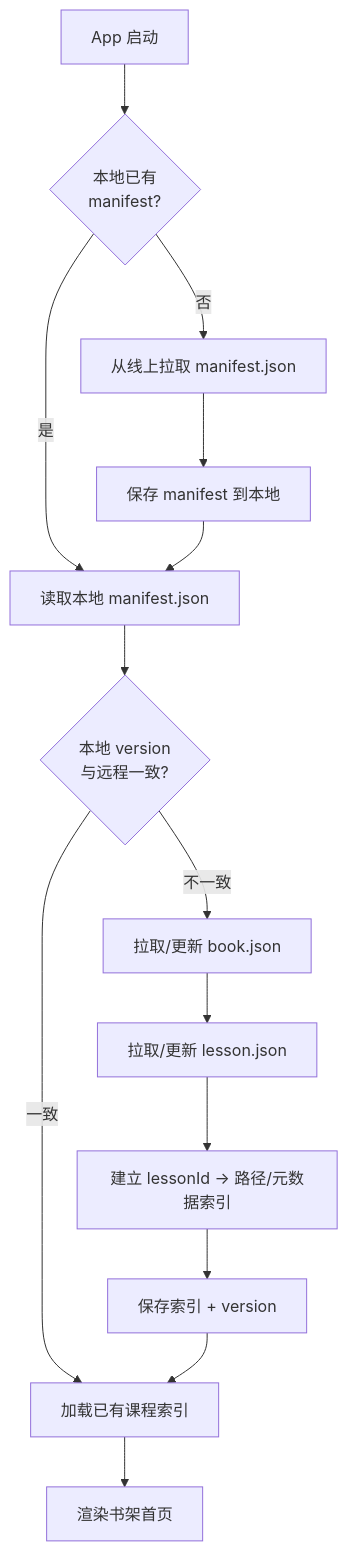
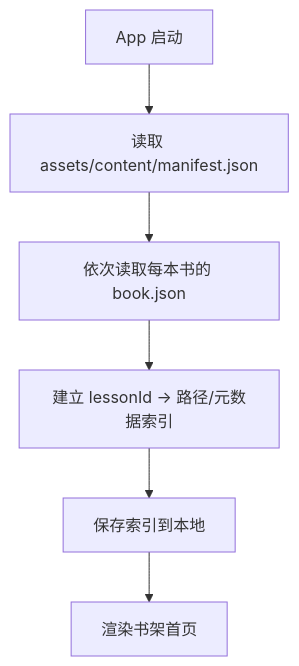
Before and after one commit to belos-street/neo-concept: the second of 2 diagrams in docs/superpowers/specs/2026-07-01-content-import-design.md, drawn with Mermaid. The commit also changed other lines of this file and 6 other files, not shown here.

````diff
--- a/docs/superpowers/specs/2026-07-01-content-import-design.md
+++ b/docs/superpowers/specs/2026-07-01-content-import-design.md
@@ -225,16 +382,8 @@
 ```mermaid
 graph TD
-    Start[App 启动] --> HasCache{本地已有<br/>manifest?}
-    HasCache -->|是| ReadLocal[读取本地 manifest.json]
-    HasCache -->|否| FetchManifest[从线上拉取 manifest.json]
-    FetchManifest --> SaveManifest[保存 manifest 到本地]
-    SaveManifest --> ReadLocal
-    ReadLocal --> CheckVersion{本地 version<br/>与远程一致?}
-    CheckVersion -->|一致| LoadCache[加载已有课程索引]
-    CheckVersion -->|不一致| FetchBooks[拉取/更新 book.json]
-    FetchBooks --> FetchLessons[拉取/更新 lesson.json]
-    FetchLessons --> IndexLessons[建立 lessonId → 路径/元数据索引]
-    IndexLessons --> SaveCache[保存索引 + version]
-    SaveCache --> LoadCache
-    LoadCache --> RenderHome[渲染书架首页]
+    Start[App 启动] --> ReadManifest[读取 assets/content/manifest.json]
+    ReadManifest --> ReadBooks[依次读取每本书的 book.json]
+    ReadBooks --> IndexLessons[建立 lessonId → 路径/元数据索引]
+    IndexLessons --> SaveCache[保存索引到本地]
+    SaveCache --> RenderHome[渲染书架首页]
 ```
````
